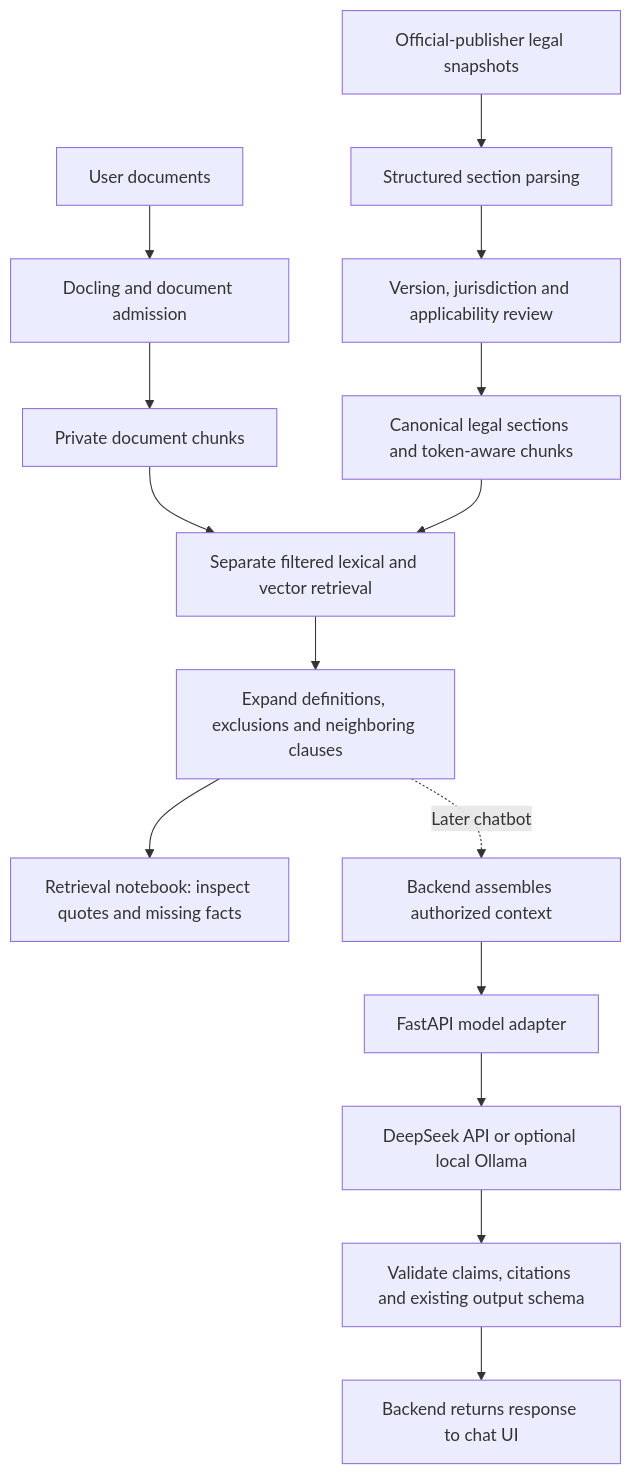
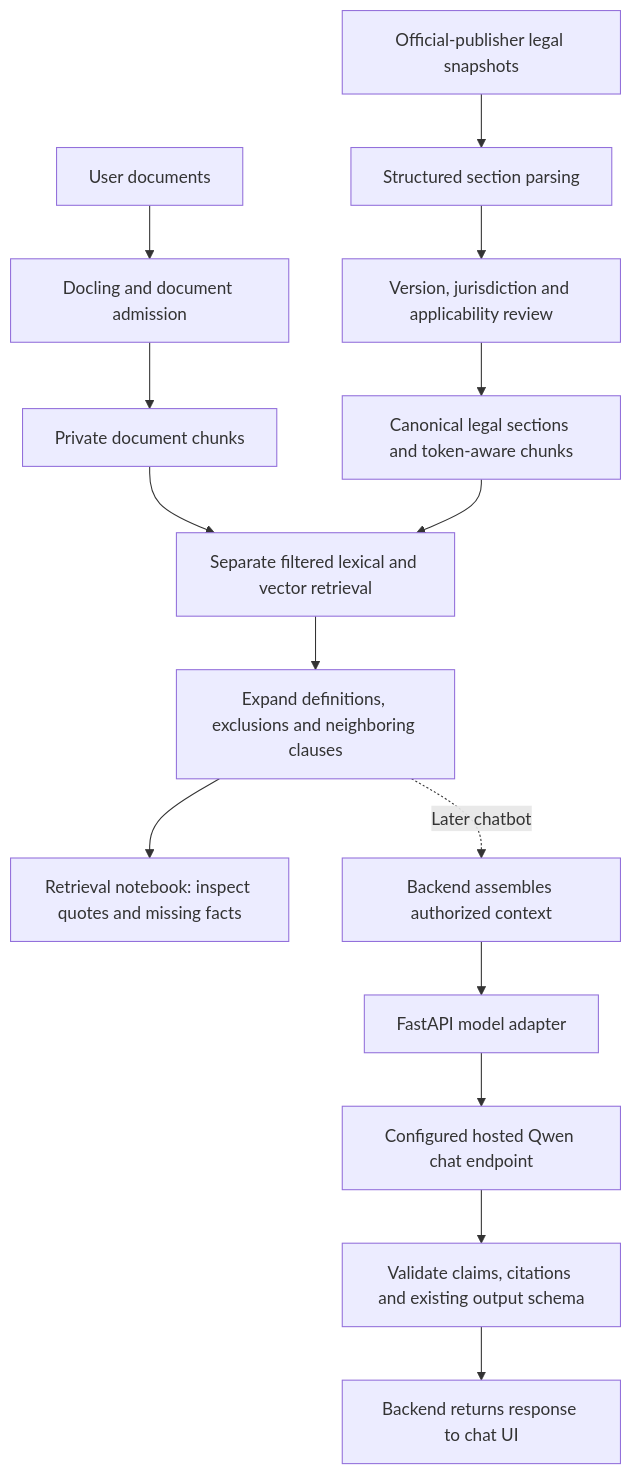
Before and after one commit to Cpio1/claimly-final: the diagram in services/llm/rag/README.md, drawn with Mermaid. The commit also changed other lines of this file and 76 other files, not shown here.

````diff
--- a/services/llm/rag/README.md
+++ b/services/llm/rag/README.md
@@ -28,17 +28,17 @@
 ```mermaid
 flowchart TD
     U[User documents] --> D[Docling and document admission]
     D --> P[Private document chunks]
     L[Official-publisher legal snapshots] --> S[Structured section parsing]
     S --> V[Version, jurisdiction and applicability review]
     V --> C[Canonical legal sections and token-aware chunks]
     P --> R[Separate filtered lexical and vector retrieval]
     C --> R
     R --> E[Expand definitions, exclusions and neighboring clauses]
     E --> T[Retrieval notebook: inspect quotes and missing facts]
     E -. Later chatbot .-> B[Backend assembles authorized context]
     B --> F[FastAPI model adapter]
-    F --> M[DeepSeek API or optional local Ollama]
+    F --> M[Configured hosted Qwen chat endpoint]
     M --> Q[Validate claims, citations and existing output schema]
     Q --> A[Backend returns response to chat UI]
 ```
````
